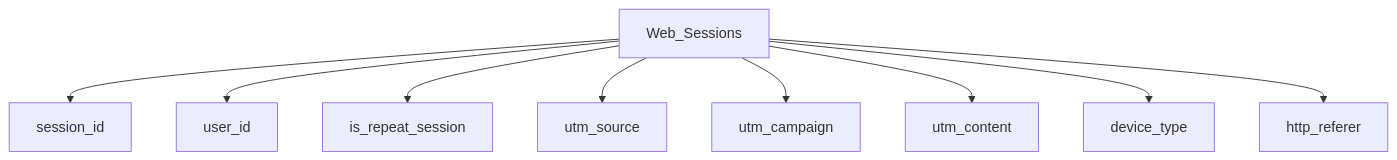
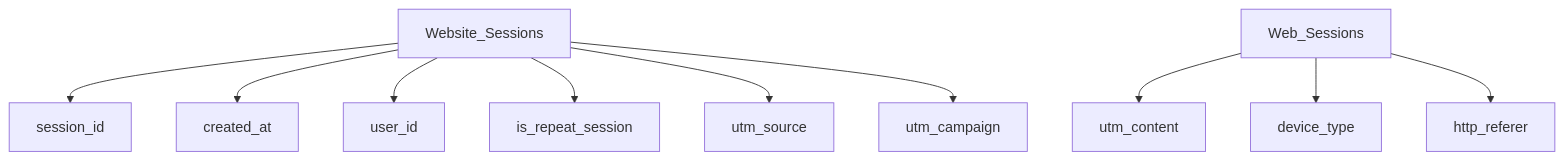
The first of 2 diagrams in README.md (walidmedani/SQL-Web_Analytics), drawn with Mermaid before and after one commit. The commit also changed other lines of this file, not shown here.

````diff
--- a/README.md
+++ b/README.md
@@ -15,11 +15,12 @@
 ```mermaid
 graph TD;
-    Web_Sessions-->session_id;
-    Web_Sessions-->user_id;
-    Web_Sessions-->is_repeat_session;
-    Web_Sessions-->utm_source;
-    Web_Sessions-->utm_campaign;
+    Website_Sessions-->session_id;
+    Website_Sessions-->created_at;
+    Website_Sessions-->user_id;
+    Website_Sessions-->is_repeat_session;
+    Website_Sessions-->utm_source;
+    Website_Sessions-->utm_campaign;
     Web_Sessions-->utm_content;
     Web_Sessions-->device_type;
     Web_Sessions-->http_referer;
 ```
````
